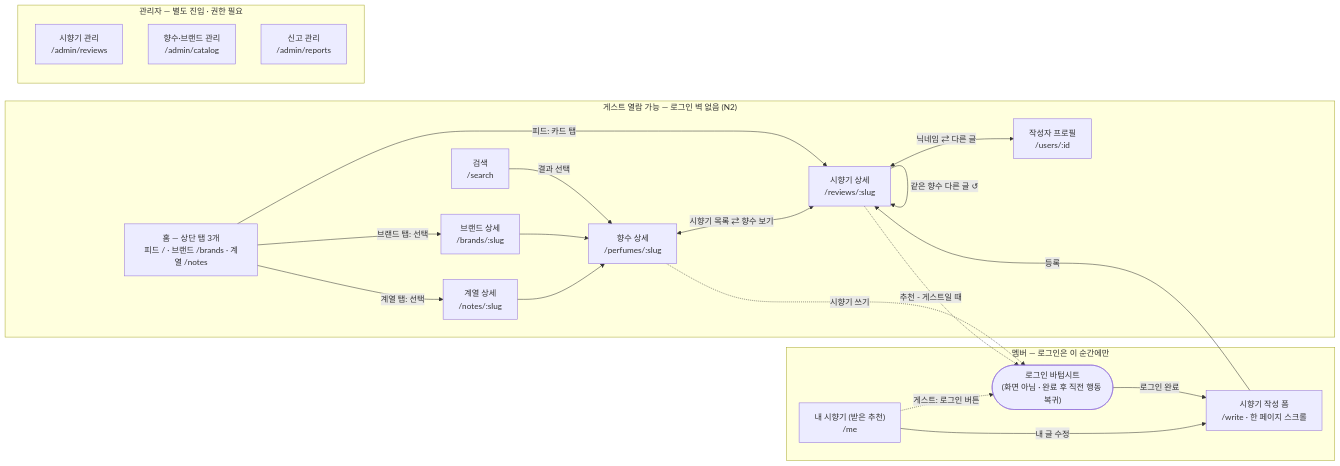
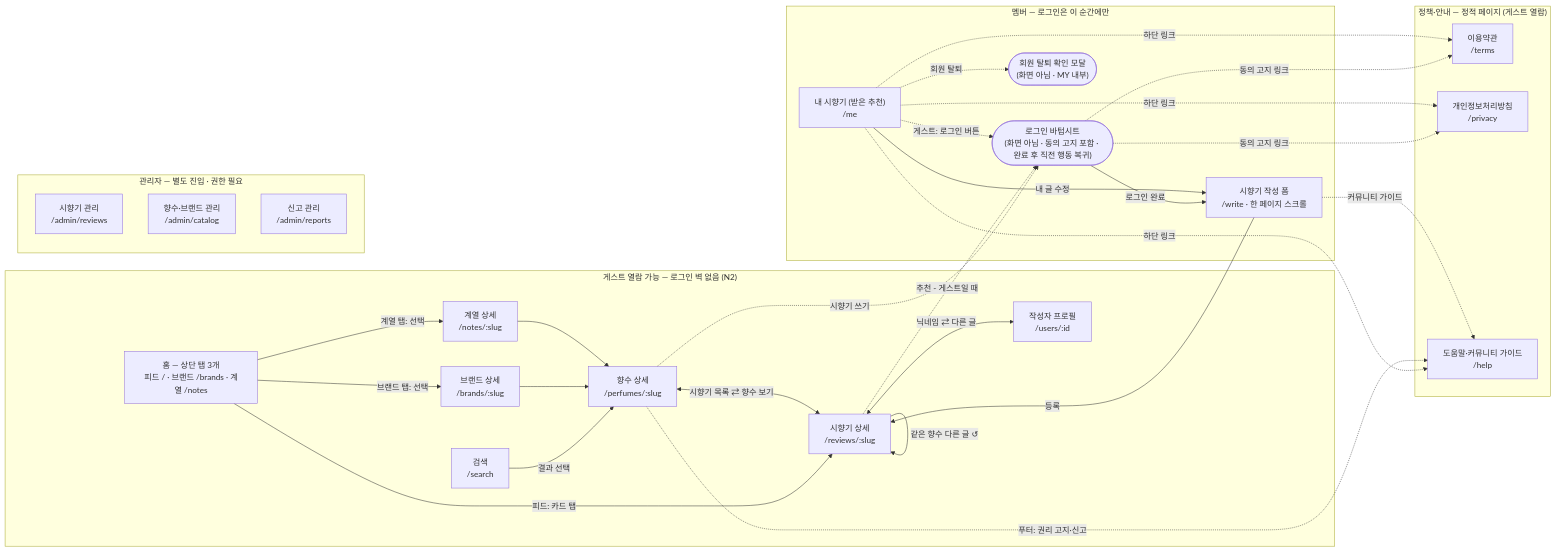
Before and after one commit to easynohard/perfumeishuman: the diagram in docs/03-sitemap-ia.md, drawn with Mermaid. The commit also changed other lines of this file and 9 other files, not shown here.

````diff
--- a/docs/03-sitemap-ia.md
+++ b/docs/03-sitemap-ia.md
@@ -20,41 +22,57 @@
 ```mermaid
 flowchart LR
   subgraph GUEST["게스트 열람 가능 — 로그인 벽 없음 (N2)"]
     HOME["홈 — 상단 탭 3개<br>피드 / · 브랜드 /brands · 계열 /notes"]
     SEARCH["검색<br>/search"]
     BRAND["브랜드 상세<br>/brands/:slug"]
     NOTE["계열 상세<br>/notes/:slug"]
     PERFUME["향수 상세<br>/perfumes/:slug"]
     REVIEW["시향기 상세<br>/reviews/:slug"]
     PROFILE["작성자 프로필<br>/users/:id"]
   end
 
+  subgraph POLICY["정책·안내 — 정적 페이지 (게스트 열람)"]
+    TERMS["이용약관<br>/terms"]
+    PRIVACY["개인정보처리방침<br>/privacy"]
+    HELP["도움말·커뮤니티 가이드<br>/help"]
+  end
+
   subgraph MEMBER["멤버 — 로그인은 이 순간에만"]
-    GATE(["로그인 바텀시트<br>(화면 아님 · 완료 후 직전 행동 복귀)"])
+    GATE(["로그인 바텀시트<br>(화면 아님 · 동의 고지 포함 · 완료 후 직전 행동 복귀)"])
     WRITE["시향기 작성 폼<br>/write · 한 페이지 스크롤"]
     MY["내 시향기 (받은 추천)<br>/me"]
+    QUIT(["회원 탈퇴 확인 모달<br>(화면 아님 · MY 내부)"])
   end
 
   subgraph ADMIN["관리자 — 별도 진입 · 권한 필요"]
     AR["시향기 관리<br>/admin/reviews"]
     AC["향수·브랜드 관리<br>/admin/catalog"]
     AP["신고 관리<br>/admin/reports"]
   end
 
   HOME -->|피드: 카드 탭| REVIEW
   HOME -->|브랜드 탭: 선택| BRAND
   HOME -->|계열 탭: 선택| NOTE
   SEARCH -->|결과 선택| PERFUME
   BRAND --> PERFUME
   NOTE --> PERFUME
   PERFUME <-->|시향기 목록 ⇄ 향수 보기| REVIEW
   REVIEW <-->|닉네임 ⇄ 다른 글| PROFILE
   REVIEW -->|같은 향수 다른 글 ↺| REVIEW
 
   PERFUME -.->|시향기 쓰기| GATE
   REVIEW -.->|추천 - 게스트일 때| GATE
   MY -.->|게스트: 로그인 버튼| GATE
   GATE -->|로그인 완료| WRITE
   WRITE -->|등록| REVIEW
   MY -->|내 글 수정| WRITE
+
+  GATE -.->|동의 고지 링크| TERMS
+  GATE -.->|동의 고지 링크| PRIVACY
+  MY -.->|하단 링크| TERMS
+  MY -.->|하단 링크| PRIVACY
+  MY -.->|하단 링크| HELP
+  MY -.->|회원 탈퇴| QUIT
+  PERFUME -.->|푸터: 권리 고지·신고| HELP
+  WRITE -.->|커뮤니티 가이드| HELP
 ```
````
